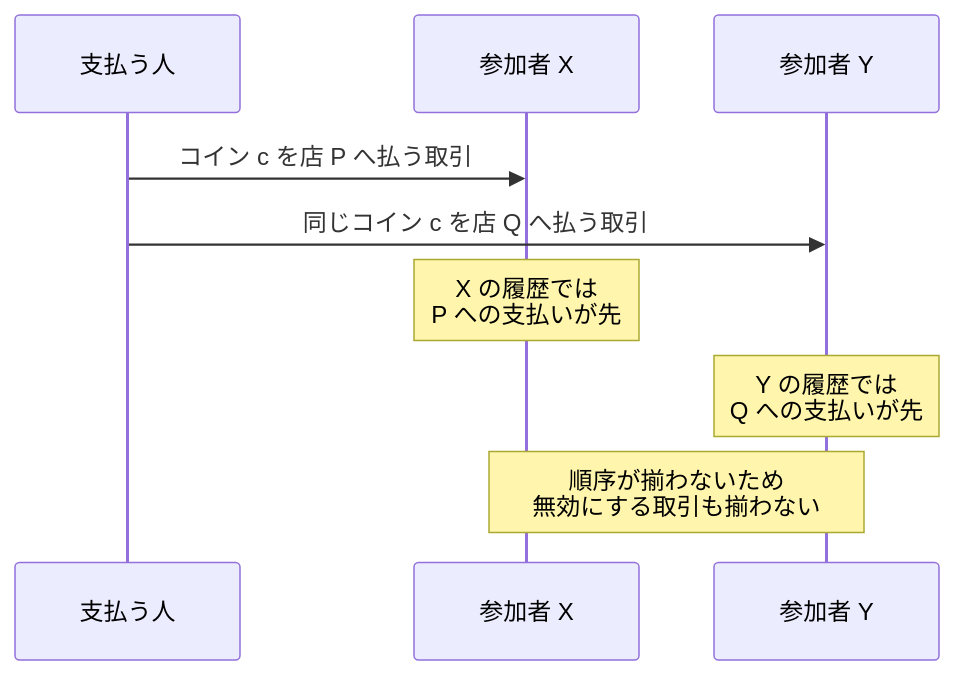
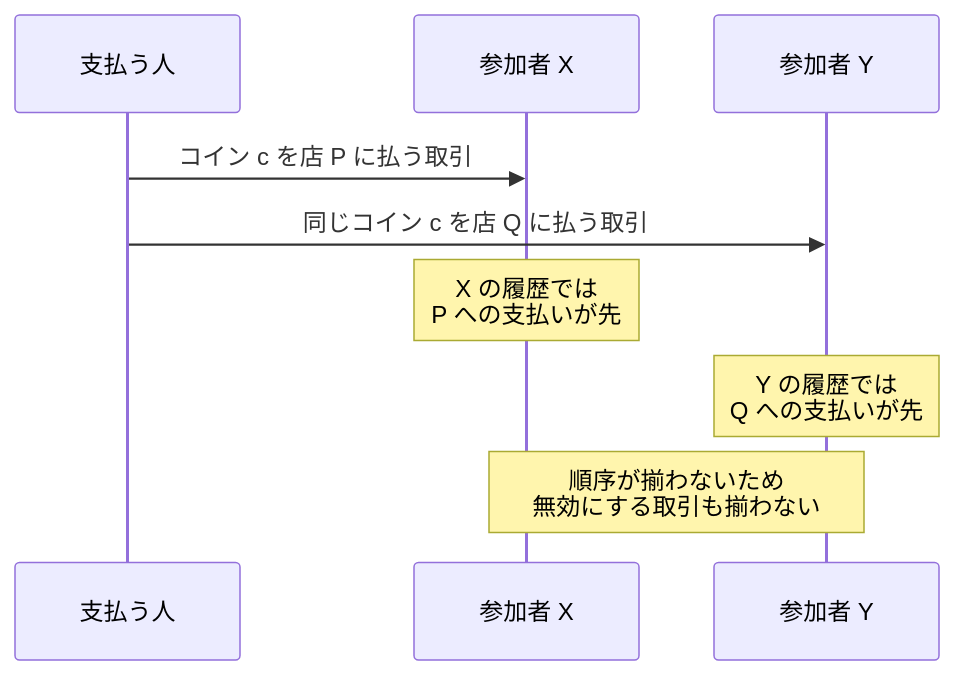
One commit to nao1215/debimate changed the second of 4 diagrams in content/notes/blockchain-systems/bitcoin-block/index.md. Above: the diagram before and after it, drawn with Mermaid. The commit also changed other lines of this file and 46 other files, not shown here.

````diff
--- a/content/notes/blockchain-systems/bitcoin-block/index.md
+++ b/content/notes/blockchain-systems/bitcoin-block/index.md
@@ -43,11 +43,11 @@
 ```mermaid
 sequenceDiagram
     participant A as 支払う人
     participant X as 参加者 X
     participant Y as 参加者 Y
-    A->>X: コイン c を店 P へ払う取引
-    A->>Y: 同じコイン c を店 Q へ払う取引
+    A->>X: コイン c を店 P に払う取引
+    A->>Y: 同じコイン c を店 Q に払う取引
     Note over X: X の履歴では<br/>P への支払いが先
     Note over Y: Y の履歴では<br/>Q への支払いが先
     Note over X,Y: 順序が揃わないため<br/>無効にする取引も揃わない
 ```
````
